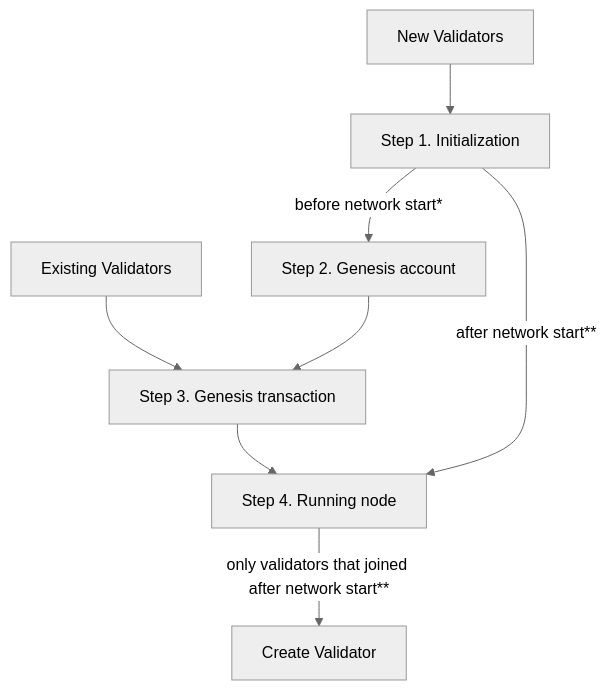
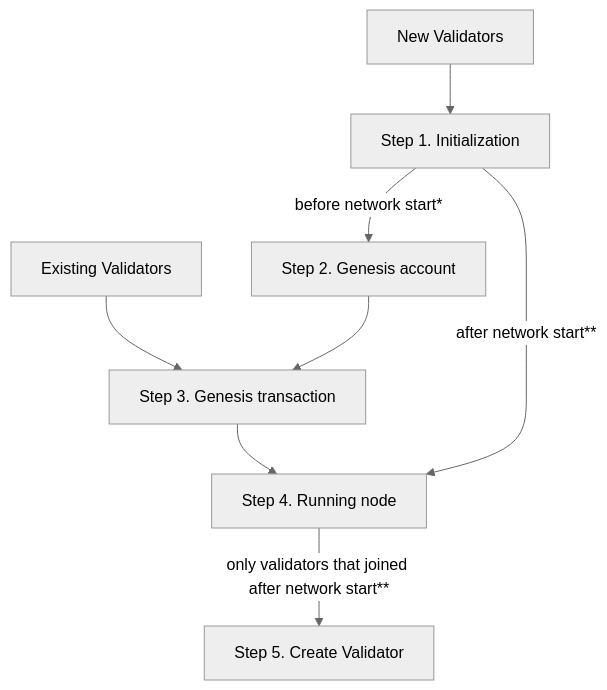
Before and after one commit to microtick/node-operations: the diagram in README.md, drawn with Mermaid (neutral theme).

````diff
--- a/README.md
+++ b/README.md
@@ -3,10 +3,10 @@
 ```mermaid
 graph TD;
   New[New Validators] --> Step1[Step 1. Initialization];
   Step1 -- before network start* --> Step2[Step 2. Genesis account];
   Existing[Existing Validators] --> Step3[Step 3. Genesis transaction]
   Step2 --> Step3;
   Step3 --> Step4[Step 4. Running node]
   Step1 -- after network start** --> Step4
-  Step4 -- only validators that joined after network start** --> Step5[Create Validator]
+  Step4 -- only validators that joined after network start** --> Step5[Step 5. Create Validator]
 ```
````
